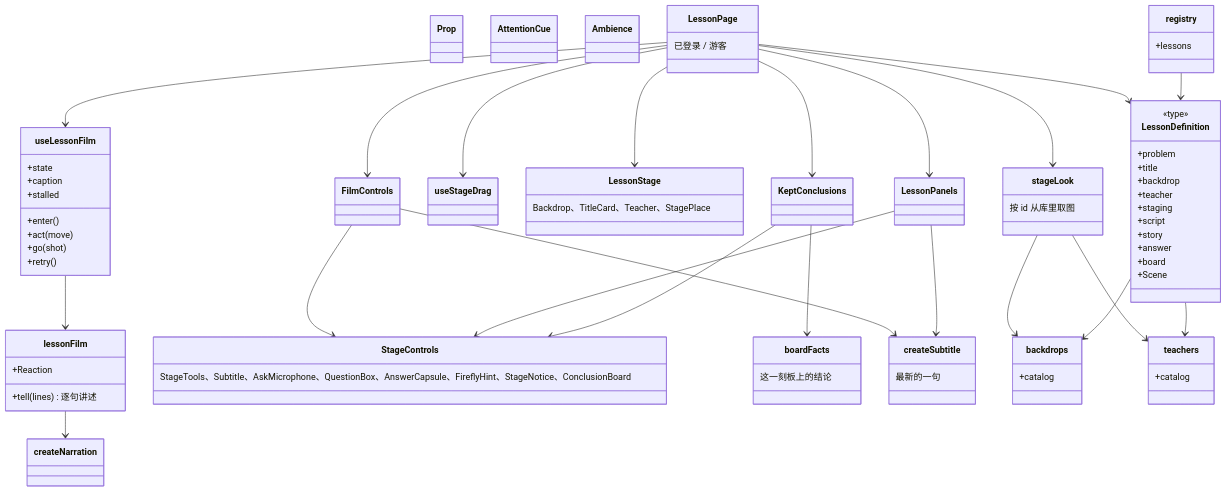
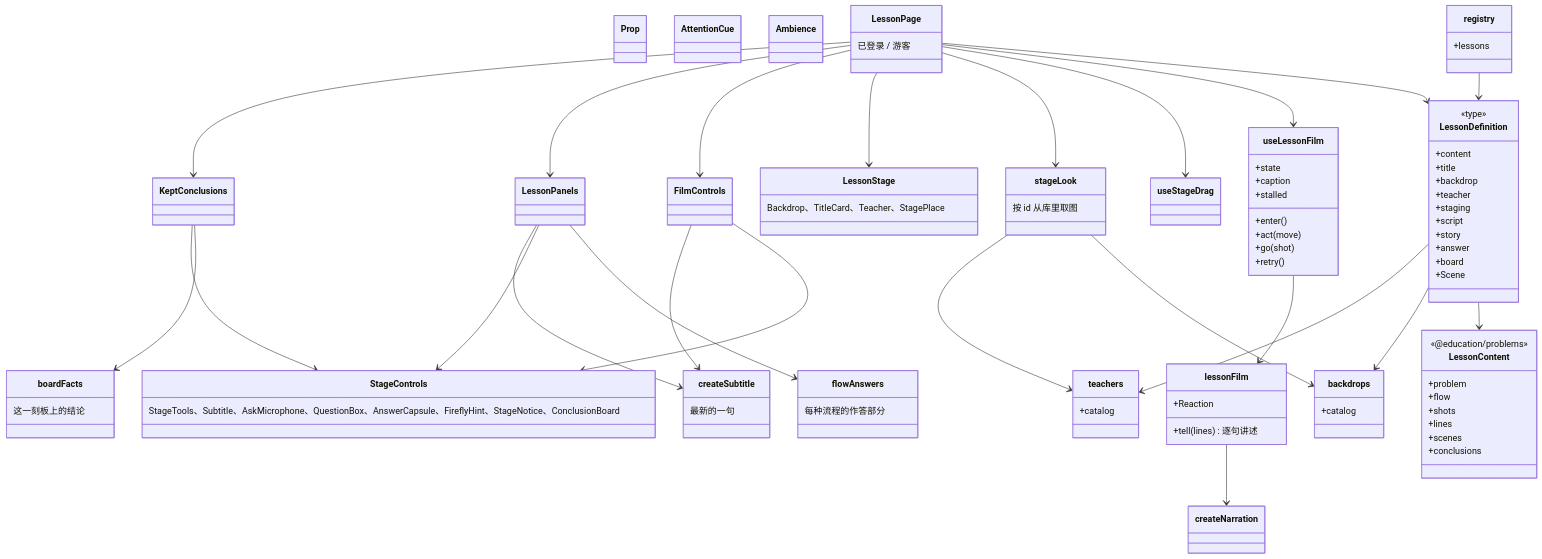
One commit to juanchaopan/education changed the second of 2 diagrams in docs/design/lesson-kit.md. Above: the diagram before and after it, drawn with Mermaid. The commit also changed other lines of this file and 39 other files, not shown here.

First line of the commit message:
refactor: declare each lesson's content once and pick the answer part by lesson flow (#216) (#223)

````diff
--- a/docs/design/lesson-kit.md
+++ b/docs/design/lesson-kit.md
@@ -70,8 +72,17 @@
 ```mermaid
 classDiagram
+  class LessonContent {
+    <<@education/problems>>
+    +problem
+    +flow
+    +shots
+    +lines
+    +scenes
+    +conclusions
+  }
   class LessonDefinition {
     <<type>>
-    +problem
+    +content
     +title
     +backdrop
     +teacher
@@ -110,6 +121,9 @@
   }
   class FilmControls
   class LessonPanels
+  class flowAnswers {
+    每种流程的作答部分
+  }
   class KeptConclusions
   class boardFacts {
     这一刻板上的结论
@@ -137,6 +151,7 @@
   LessonPage --> FilmControls
   LessonPage --> LessonPanels
   LessonPage --> KeptConclusions
+  LessonPanels --> flowAnswers
   FilmControls --> StageControls
   LessonPanels --> StageControls
   KeptConclusions --> boardFacts
@@ -147,6 +162,7 @@
   lessonFilm --> createNarration
   stageLook --> backdrops
   stageLook --> teachers
+  LessonDefinition --> LessonContent
   LessonDefinition --> backdrops
   LessonDefinition --> teachers
   registry --> LessonDefinition
````
